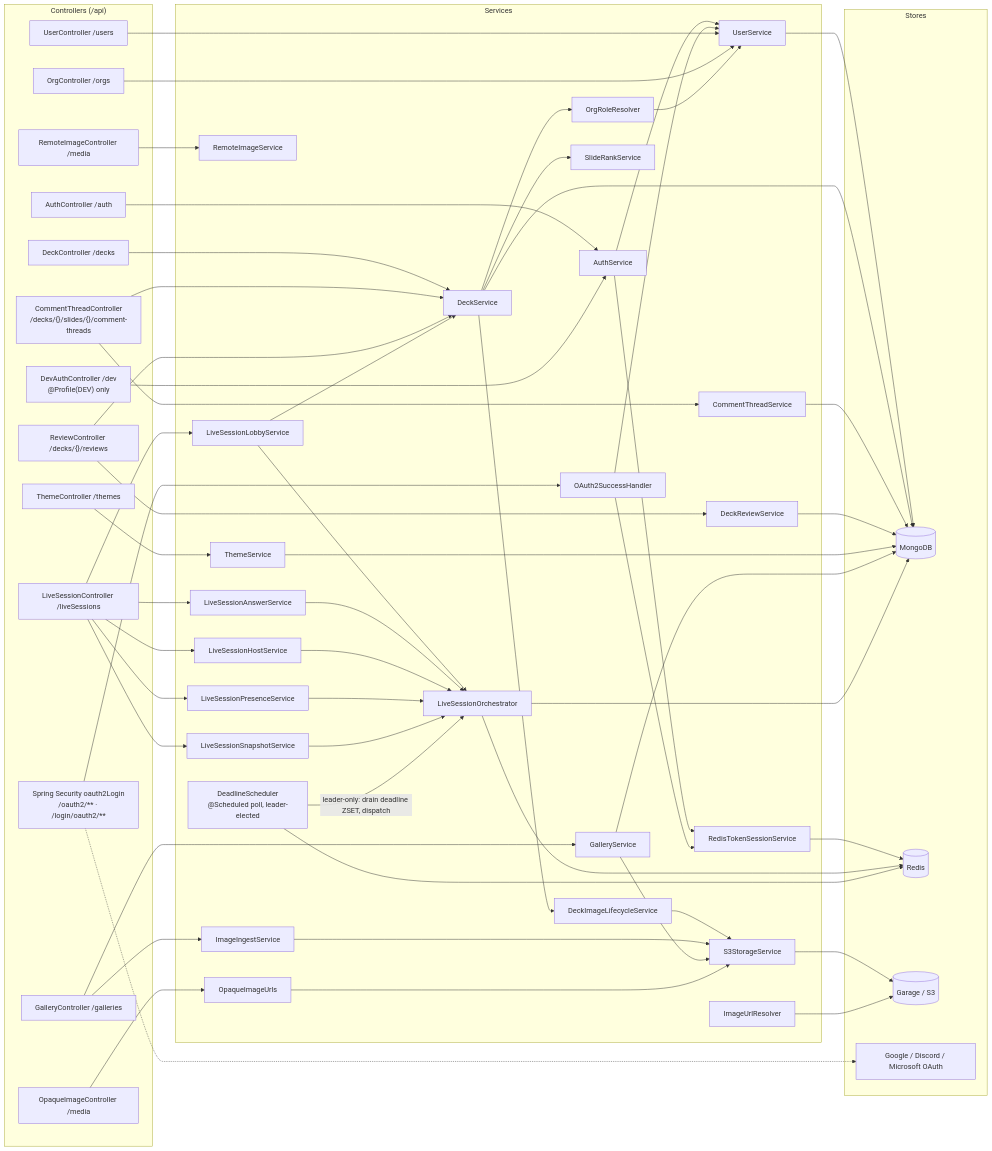
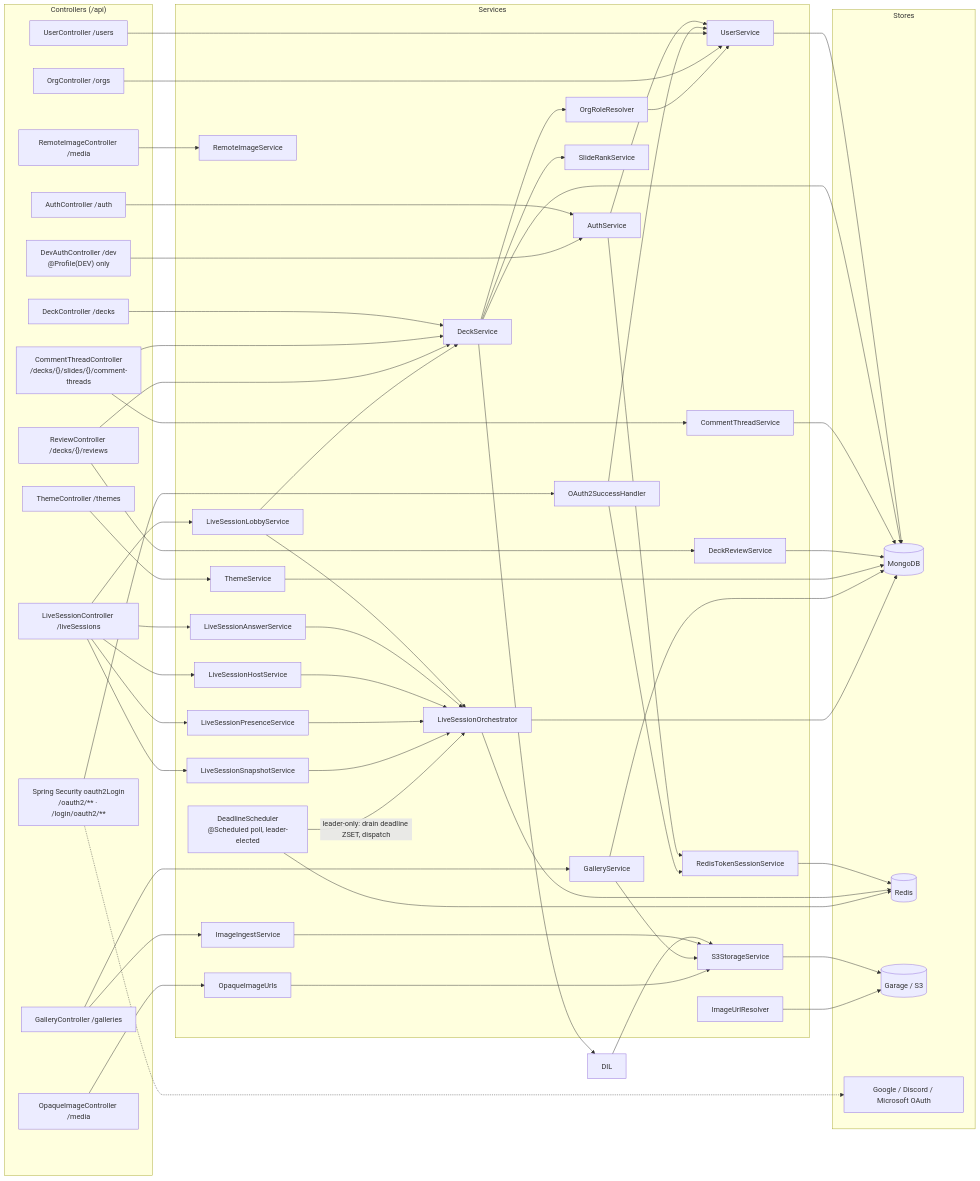
The first of 2 diagrams in z-docs/diagrams/backend-services.md (Saganaut/ambi), drawn with Mermaid before and after one commit. The commit also changed 10 other files, not shown here.

```diff
--- a/z-docs/diagrams/backend-services.md
+++ b/z-docs/diagrams/backend-services.md
@@ -36,7 +36,6 @@
         ORR["OrgRoleResolver"]
         DS["DeckService"]
         SR["SlideRankService"]
-        DIL["DeckImageLifecycleService"]
         CS["CommentThreadService"]
         DRS["DeckReviewService"]
         THS["ThemeService"]
```
